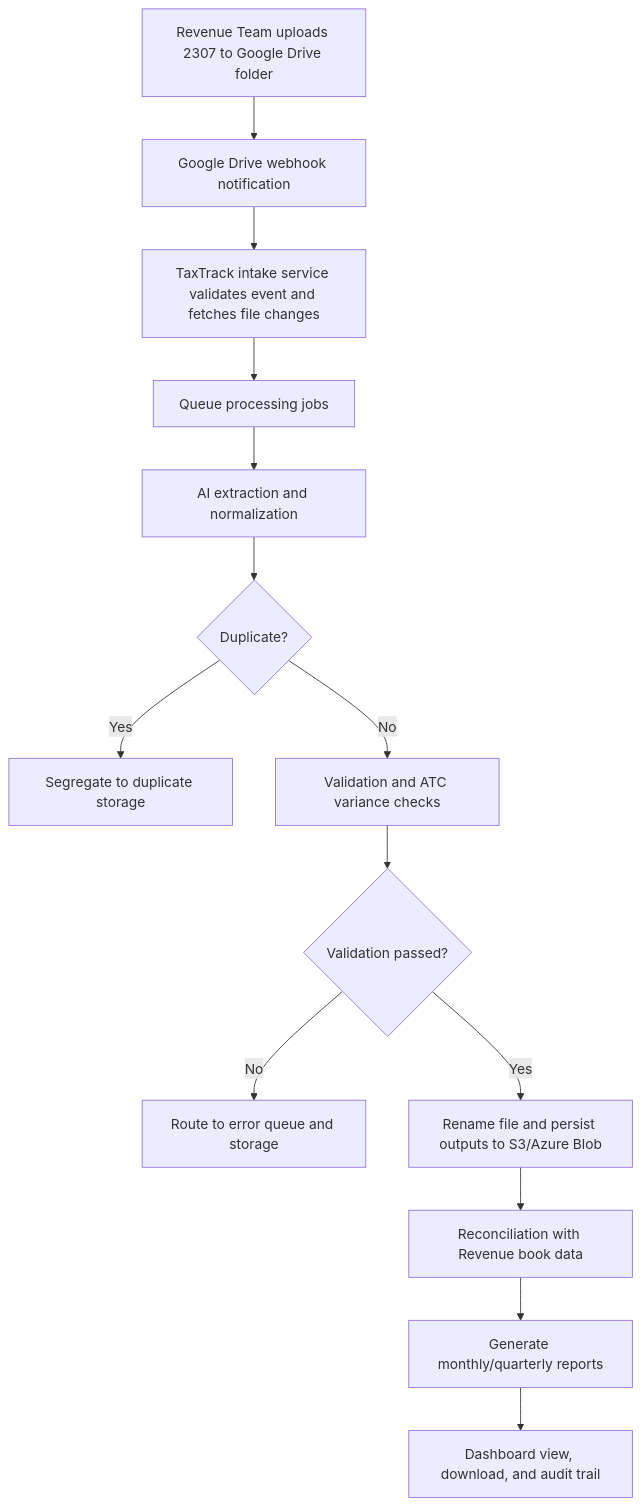
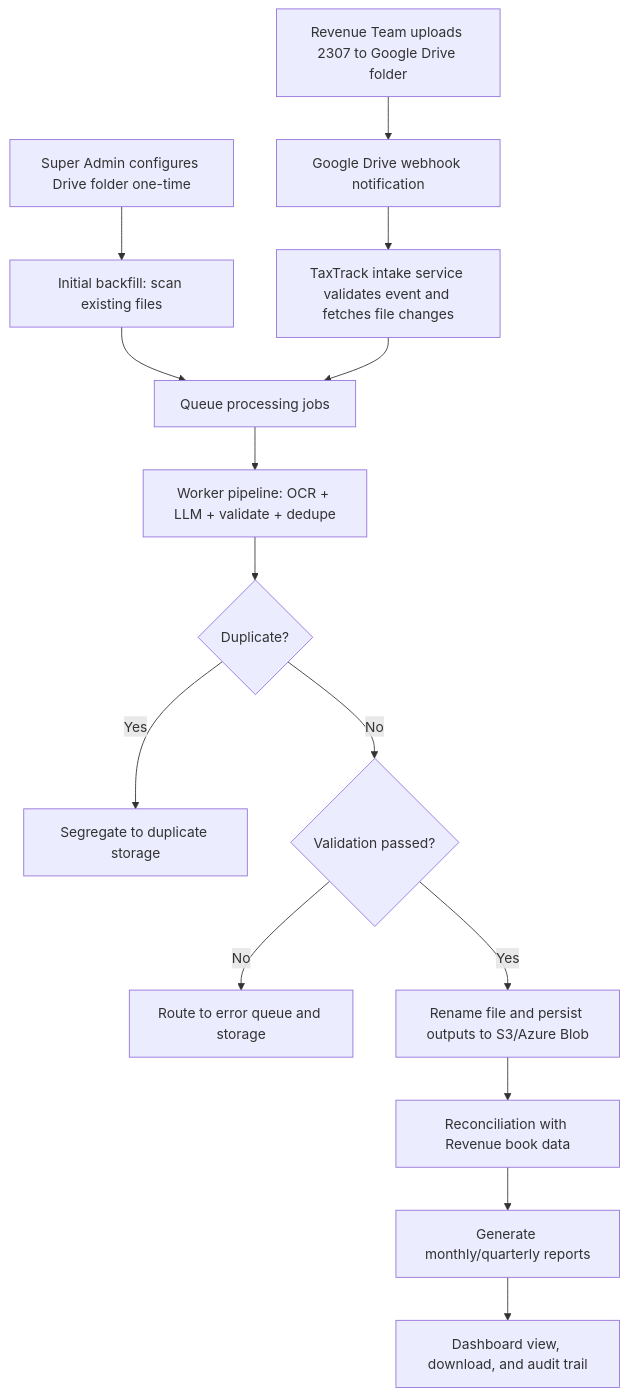
The first of 2 diagrams in docs/WORKFLOW_DIAGRAM.MD (joseph-grospe/taxgenie-hackathon), drawn with Mermaid before and after one commit. The commit also changed other lines of this file and 4 other files, not shown here.

````diff
--- a/docs/WORKFLOW_DIAGRAM.MD
+++ b/docs/WORKFLOW_DIAGRAM.MD
@@ -5,16 +5,17 @@
 ```mermaid
 flowchart TD
-    A[Revenue Team uploads 2307 to Google Drive folder] --> B[Google Drive webhook notification]
-    B --> C[TaxTrack intake service validates event and fetches file changes]
-    C --> D[Queue processing jobs]
-    D --> E[AI extraction and normalization]
-    E --> F{Duplicate?}
-    F -- Yes --> G[Segregate to duplicate storage]
-    F -- No --> H[Validation and ATC variance checks]
-    H --> I{Validation passed?}
-    I -- No --> J[Route to error queue and storage]
-    I -- Yes --> K[Rename file and persist outputs to S3/Azure Blob]
-    K --> L[Reconciliation with Revenue book data]
-    L --> M[Generate monthly/quarterly reports]
-    M --> N[Dashboard view, download, and audit trail]
+    A[Super Admin configures Drive folder one-time] --> B[Initial backfill: scan existing files]
+    B --> C[Queue processing jobs]
+    D[Revenue Team uploads 2307 to Google Drive folder] --> E[Google Drive webhook notification]
+    E --> F[TaxTrack intake service validates event and fetches file changes]
+    F --> C
+    C --> G[Worker pipeline: OCR + LLM + validate + dedupe]
+    G --> H{Duplicate?}
+    H -- Yes --> I[Segregate to duplicate storage]
+    H -- No --> J{Validation passed?}
+    J -- No --> K[Route to error queue and storage]
+    J -- Yes --> L[Rename file and persist outputs to S3/Azure Blob]
+    L --> M[Reconciliation with Revenue book data]
+    M --> N[Generate monthly/quarterly reports]
+    N --> O[Dashboard view, download, and audit trail]
 ```
````
